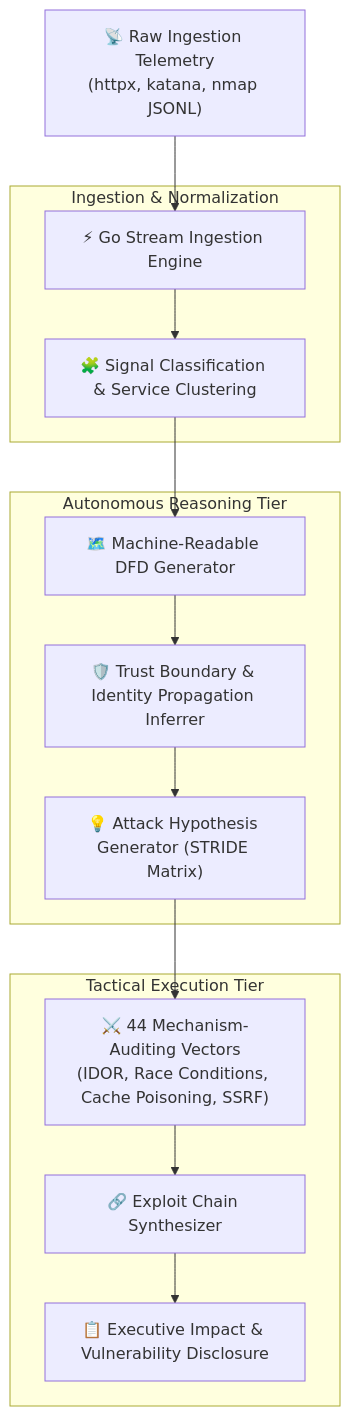
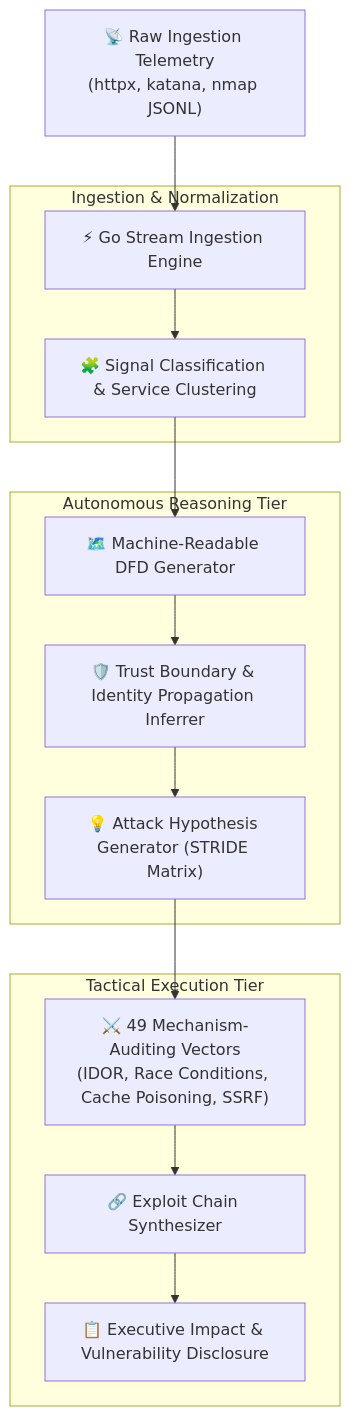
One commit to 3bkader-gpt/ArchHunter changed the diagram in README.md. Above: the diagram before and after it, drawn with Mermaid. The commit also changed other lines of this file and 180 other files, not shown here.

````diff
--- a/README.md
+++ b/README.md
@@ -32,30 +32,30 @@
 ```mermaid
 flowchart TD
     Telemetry["📡 Raw Ingestion Telemetry<br/>(httpx, katana, nmap JSONL)"]
     
     subgraph Ingestion & Normalization
         Parser["⚡ Go Stream Ingestion Engine"]
         SignalCluster["🧩 Signal Classification & Service Clustering"]
     end
     
     subgraph Autonomous Reasoning Tier
         DFDEngine["🗺️ Machine-Readable DFD Generator"]
         TrustBoundary["🛡️ Trust Boundary & Identity Propagation Inferrer"]
         HypothesisEngine["💡 Attack Hypothesis Generator (STRIDE Matrix)"]
     end
     
     subgraph Tactical Execution Tier
-        SkillEngine["⚔️ 44 Mechanism-Auditing Vectors<br/>(IDOR, Race Conditions, Cache Poisoning, SSRF)"]
+        SkillEngine["⚔️ 49 Mechanism-Auditing Vectors<br/>(IDOR, Race Conditions, Cache Poisoning, SSRF)"]
         ChainBuilder["🔗 Exploit Chain Synthesizer"]
         Report["📋 Executive Impact & Vulnerability Disclosure"]
     end
 
     Telemetry --> Parser
     Parser --> SignalCluster
     SignalCluster --> DFDEngine
     DFDEngine --> TrustBoundary
     TrustBoundary --> HypothesisEngine
     HypothesisEngine --> SkillEngine
     SkillEngine --> ChainBuilder
     ChainBuilder --> Report
 ```
````
